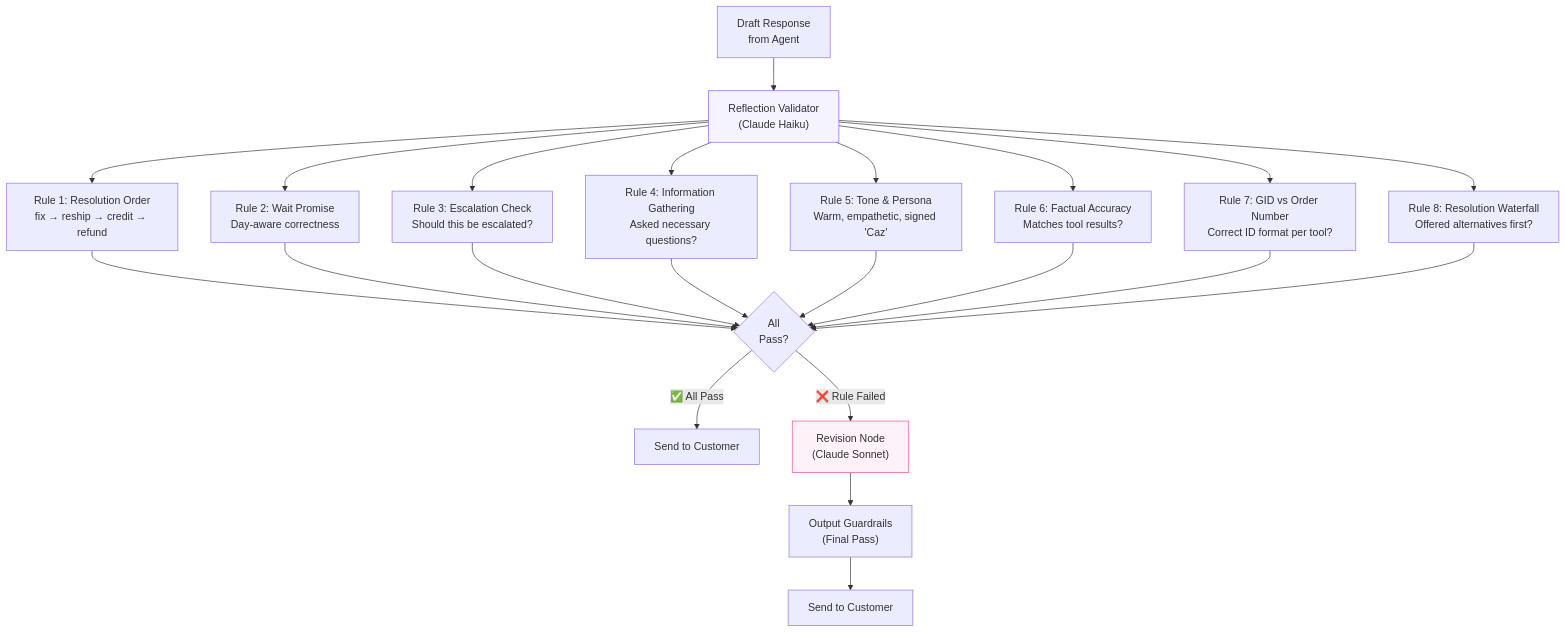
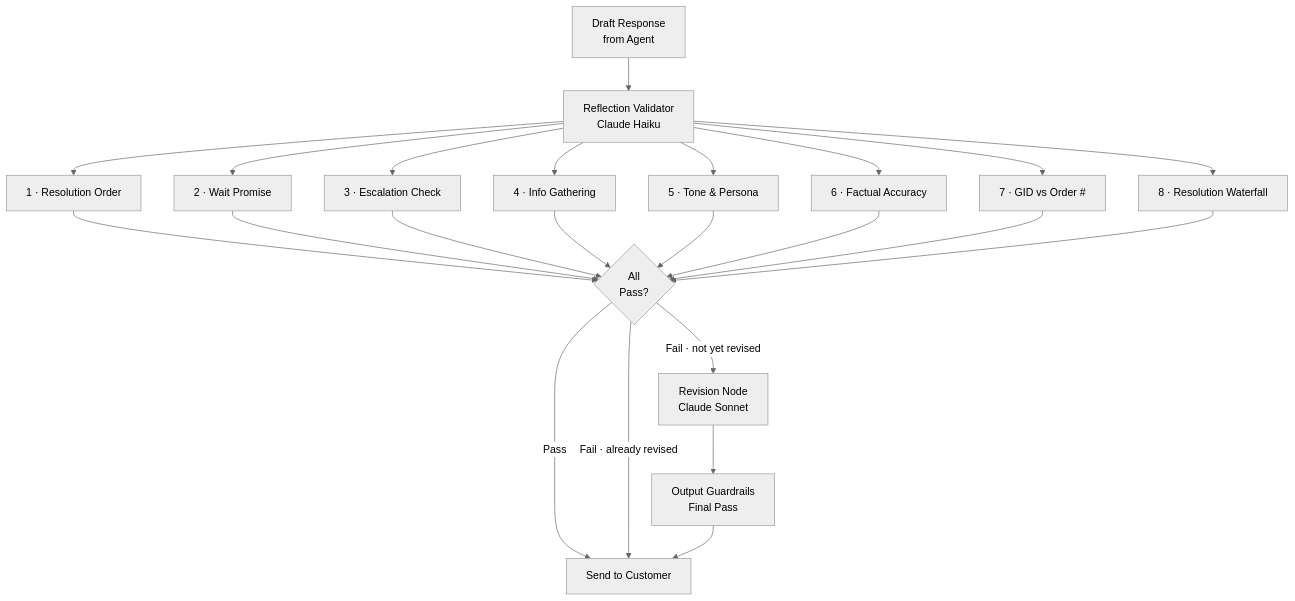
One commit to EminDurmuSS/lookfor-hackathon changed the ninth of 11 diagrams in README.md. Above: the diagram before and after it, drawn with Mermaid. The commit also changed other lines of this file, not shown here.

````diff
--- a/README.md
+++ b/README.md
@@ -531,23 +478,23 @@
 ```mermaid
+%%{init: {'theme': 'neutral'}}%%
 flowchart TD
-    DRAFT["Draft Response<br/>from Agent"] --> RV["Reflection Validator<br/>(Claude Haiku)"]
+    DRAFT["Draft Response<br/>from Agent"] --> RV["Reflection Validator<br/>Claude Haiku"]
 
-    RV --> R1["Rule 1: Resolution Order<br/>fix → reship → credit → refund"]
-    RV --> R2["Rule 2: Wait Promise<br/>Day-aware correctness"]
-    RV --> R3["Rule 3: Escalation Check<br/>Should this be escalated?"]
-    RV --> R4["Rule 4: Information Gathering<br/>Asked necessary questions?"]
-    RV --> R5["Rule 5: Tone & Persona<br/>Warm, empathetic, signed 'Caz'"]
-    RV --> R6["Rule 6: Factual Accuracy<br/>Matches tool results?"]
-    RV --> R7["Rule 7: GID vs Order Number<br/>Correct ID format per tool?"]
-    RV --> R8["Rule 8: Resolution Waterfall<br/>Offered alternatives first?"]
+    RV --> R1["1 · Resolution Order"]
+    RV --> R2["2 · Wait Promise"]
+    RV --> R3["3 · Escalation Check"]
+    RV --> R4["4 · Info Gathering"]
+    RV --> R5["5 · Tone & Persona"]
+    RV --> R6["6 · Factual Accuracy"]
+    RV --> R7["7 · GID vs Order #"]
+    RV --> R8["8 · Resolution Waterfall"]
 
     R1 & R2 & R3 & R4 & R5 & R6 & R7 & R8 --> CHECK{"All<br/>Pass?"}
 
-    CHECK -->|"✅ All Pass"| SEND["Send to Customer"]
-    CHECK -->|"❌ Rule Failed"| REVISE["Revision Node<br/>(Claude Sonnet)"]
-    REVISE --> OG_FINAL["Output Guardrails<br/>(Final Pass)"]
-    OG_FINAL --> SEND2["Send to Customer"]
+    CHECK -->|Pass| SEND["Send to Customer"]
+    CHECK -->|"Fail · not yet revised"| REVISE["Revision Node<br/>Claude Sonnet"]
+    CHECK -->|"Fail · already revised"| SEND
 
-    style RV fill:#f5f3ff,stroke:#8b5cf6
-    style REVISE fill:#fdf2f8,stroke:#ec4899
+    REVISE --> OG_FINAL["Output Guardrails<br/>Final Pass"]
+    OG_FINAL --> SEND
 ```
````
